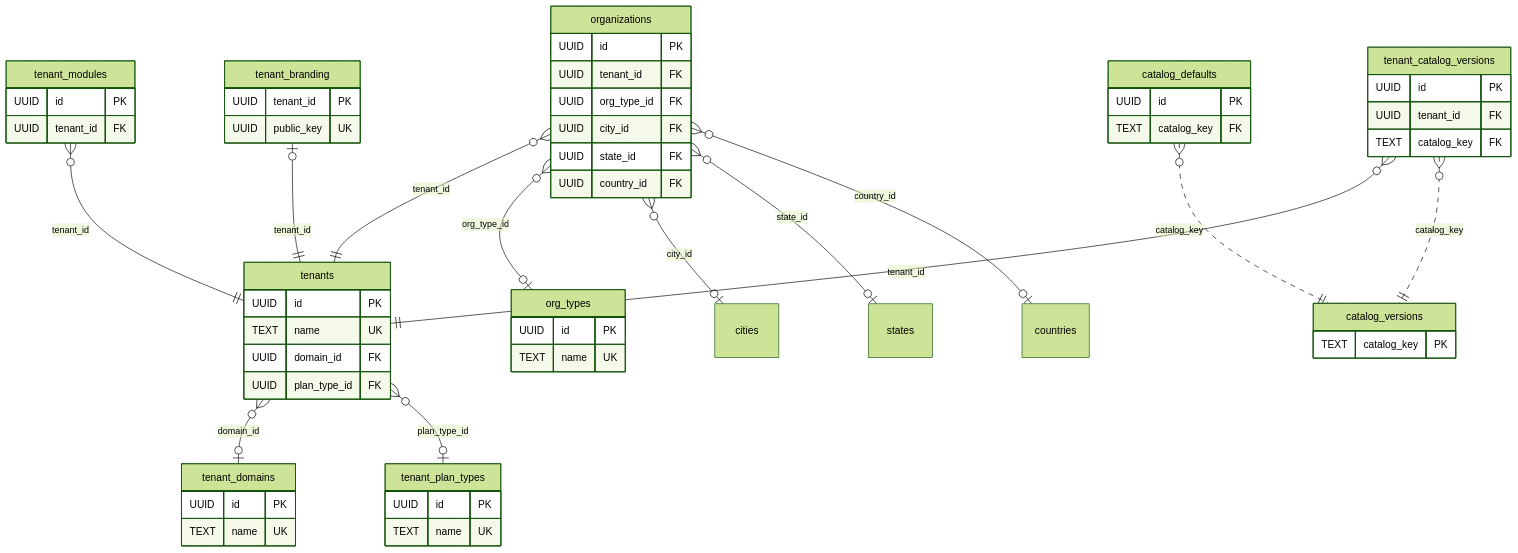
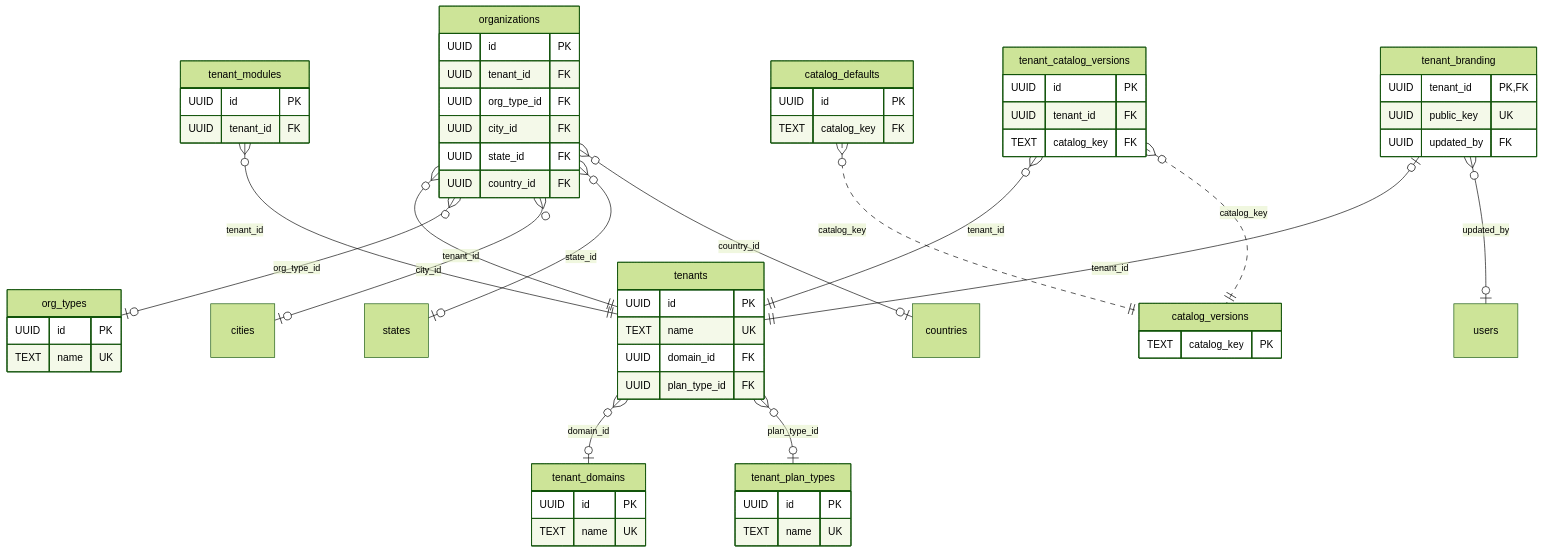
Before and after one commit to nitin-girdhar/msq-platforms: the second of 14 diagrams in docs/DB_model.md, drawn with Mermaid (forest theme). The commit also changed other lines of this file and 212 other files, not shown here.

````diff
--- a/docs/DB_model.md
+++ b/docs/DB_model.md
@@ -78,61 +79,63 @@
 ```mermaid
 erDiagram
   org_types {
     UUID id PK
     TEXT name UK
   }
   tenant_domains {
     UUID id PK
     TEXT name UK
   }
   tenant_plan_types {
     UUID id PK
     TEXT name UK
   }
   tenants {
     UUID id PK
     TEXT name UK
     UUID domain_id FK
     UUID plan_type_id FK
   }
   organizations {
     UUID id PK
     UUID tenant_id FK
     UUID org_type_id FK
     UUID city_id FK
     UUID state_id FK
     UUID country_id FK
   }
   tenant_modules {
     UUID id PK
     UUID tenant_id FK
   }
   tenant_branding {
-    UUID tenant_id PK
+    UUID tenant_id PK,FK
     UUID public_key UK
+    UUID updated_by FK
   }
   catalog_defaults {
     UUID id PK
     TEXT catalog_key FK
   }
   catalog_versions {
     TEXT catalog_key PK
   }
   tenant_catalog_versions {
     UUID id PK
     UUID tenant_id FK
     TEXT catalog_key FK
   }
   tenants }o--o| tenant_domains : "domain_id"
   tenants }o--o| tenant_plan_types : "plan_type_id"
   organizations }o--|| tenants : "tenant_id"
   organizations }o--o| org_types : "org_type_id"
   organizations }o--o| cities : "city_id"
   organizations }o--o| states : "state_id"
   organizations }o--o| countries : "country_id"
   tenant_modules }o--|| tenants : "tenant_id"
   tenant_branding |o--|| tenants : "tenant_id"
+  tenant_branding }o--o| users : "updated_by"
   tenant_catalog_versions }o--|| tenants : "tenant_id"
   catalog_defaults }o..|| catalog_versions : "catalog_key"
   tenant_catalog_versions }o..|| catalog_versions : "catalog_key"
 ```
````
